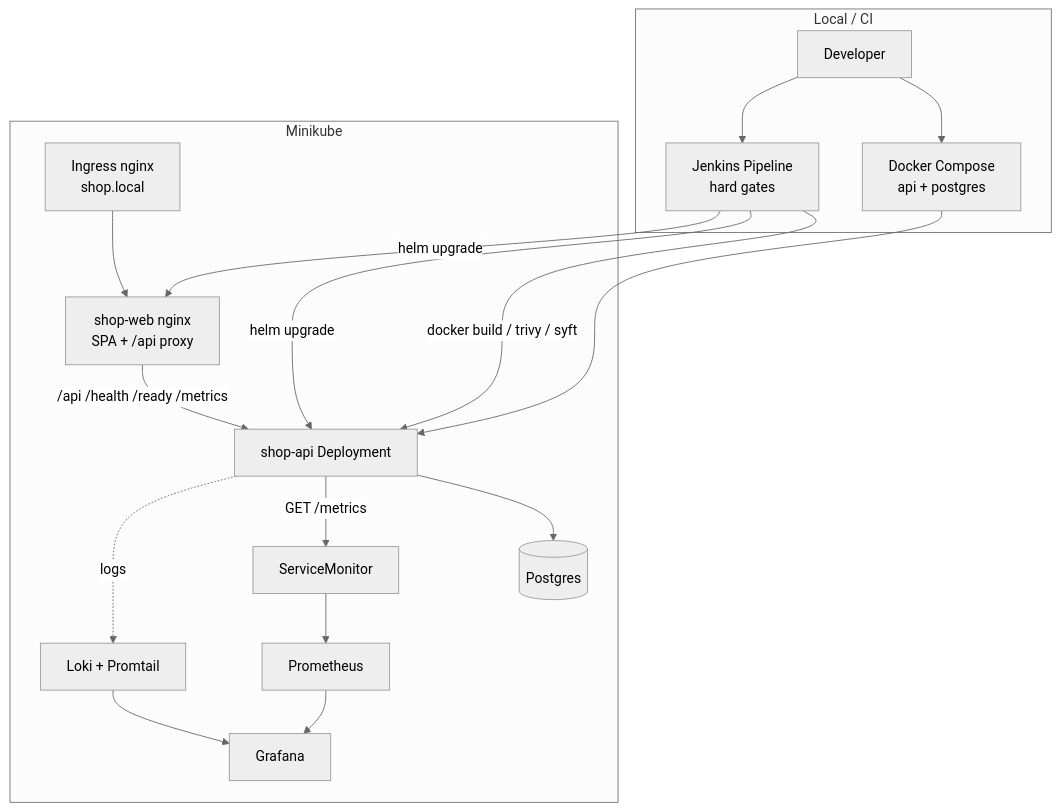
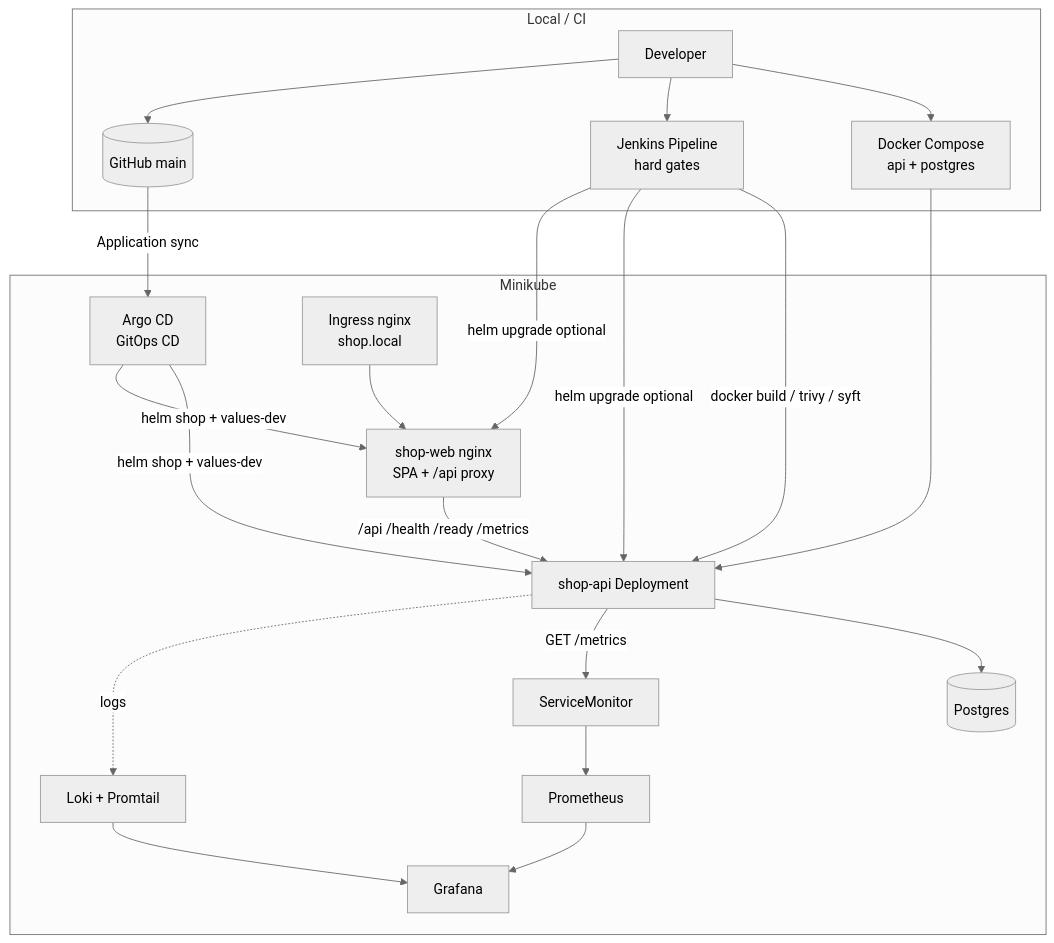
Before and after one commit to almog975/FinalProject: the diagram in README.md, drawn with Mermaid (neutral theme). The commit also changed other lines of this file and 6 other files, not shown here.

First line of the commit message:
feat(argocd): GitOps Application for shop Helm chart

````diff
--- a/README.md
+++ b/README.md
@@ -28,34 +29,40 @@
 ```mermaid
 flowchart TB
   subgraph local["Local / CI"]
     Dev[Developer]
     Jenkins[Jenkins Pipeline<br/>hard gates]
     Compose[Docker Compose<br/>api + postgres]
+    Git[(GitHub main)]
   end
 
   subgraph mk["Minikube"]
+    Argo[Argo CD<br/>GitOps CD]
     Ingress[Ingress nginx<br/>shop.local]
     Web[shop-web nginx<br/>SPA + /api proxy]
     API[shop-api Deployment]
     PG[(Postgres)]
     SM[ServiceMonitor]
     Prom[Prometheus]
     Graf[Grafana]
     Loki[Loki + Promtail]
   end
 
   Dev --> Compose
   Dev --> Jenkins
+  Dev --> Git
   Jenkins -->|docker build / trivy / syft| API
-  Jenkins -->|helm upgrade| API
-  Jenkins -->|helm upgrade| Web
+  Jenkins -->|helm upgrade optional| API
+  Jenkins -->|helm upgrade optional| Web
+  Git -->|Application sync| Argo
+  Argo -->|helm shop + values-dev| API
+  Argo -->|helm shop + values-dev| Web
   Compose --> API
   Ingress --> Web
   Web -->|/api /health /ready /metrics| API
   API --> PG
   API -->|GET /metrics| SM
   SM --> Prom
   Prom --> Graf
   API -.->|logs| Loki
   Loki --> Graf
 ```
````
